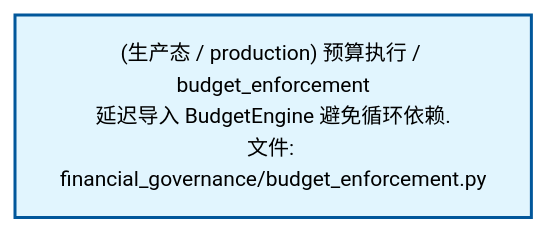
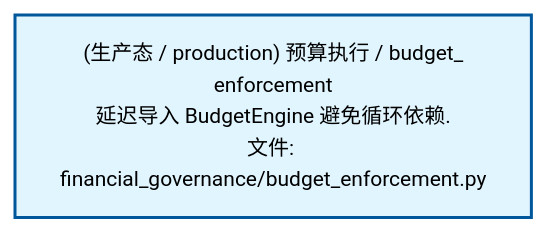
The second of 3 diagrams in docs/02_enterprise_architecture/02_domain_architecture_docs/54_d_gov_repair.md (xuanFelixVan/ZephyrAlpha), drawn with Mermaid before and after one commit. The commit also changed other lines of this file and 61 other files, not shown here.

````diff
--- a/docs/02_enterprise_architecture/02_domain_architecture_docs/54_d_gov_repair.md
+++ b/docs/02_enterprise_architecture/02_domain_architecture_docs/54_d_gov_repair.md
@@ -85,10 +85,10 @@
 ```mermaid
 %%{init: {'theme': 'base', 'themeVariables': {'primaryColor': '#eaeaea', 'primaryTextColor': '#333333', 'primaryBorderColor': '#666666', 'lineColor': '#666666', 'secondaryColor': '#eaeaea', 'tertiaryColor': '#eaeaea', 'fontSize': '14px'}}}%%
 flowchart TD
-    src_zephyr_governance_financial_governance_budget_enforcement_py["(生产态 / production) 预算执行 / budget_enforcement<br/>延迟导入 BudgetEngine 避免循环依赖.<br/>文件: financial_governance/budget_enforcement.py"]
+    src_zephyr_governance_financial_governance_budget_enforcement_py["(生产态 / production) 预算执行 / budget_<br/>enforcement<br/>延迟导入 BudgetEngine 避免循环依赖.<br/>文件: financial_governance/budget_enforcement.py"]
     classDef production fill:#e1f5fe,stroke:#01579b,stroke-width:2px,color:#000
     classDef design fill:#fff3e0,stroke:#e65100,stroke-width:2px,color:#000,stroke-dasharray: 5 5
     classDef external_prod fill:#e8f4fd,stroke:#0277bd,stroke-width:1px,color:#000
     classDef external_design fill:#fff8e7,stroke:#ef6c00,stroke-width:1px,color:#000,stroke-dasharray: 5 5
     class src_zephyr_governance_financial_governance_budget_enforcement_py production
 ```
````
